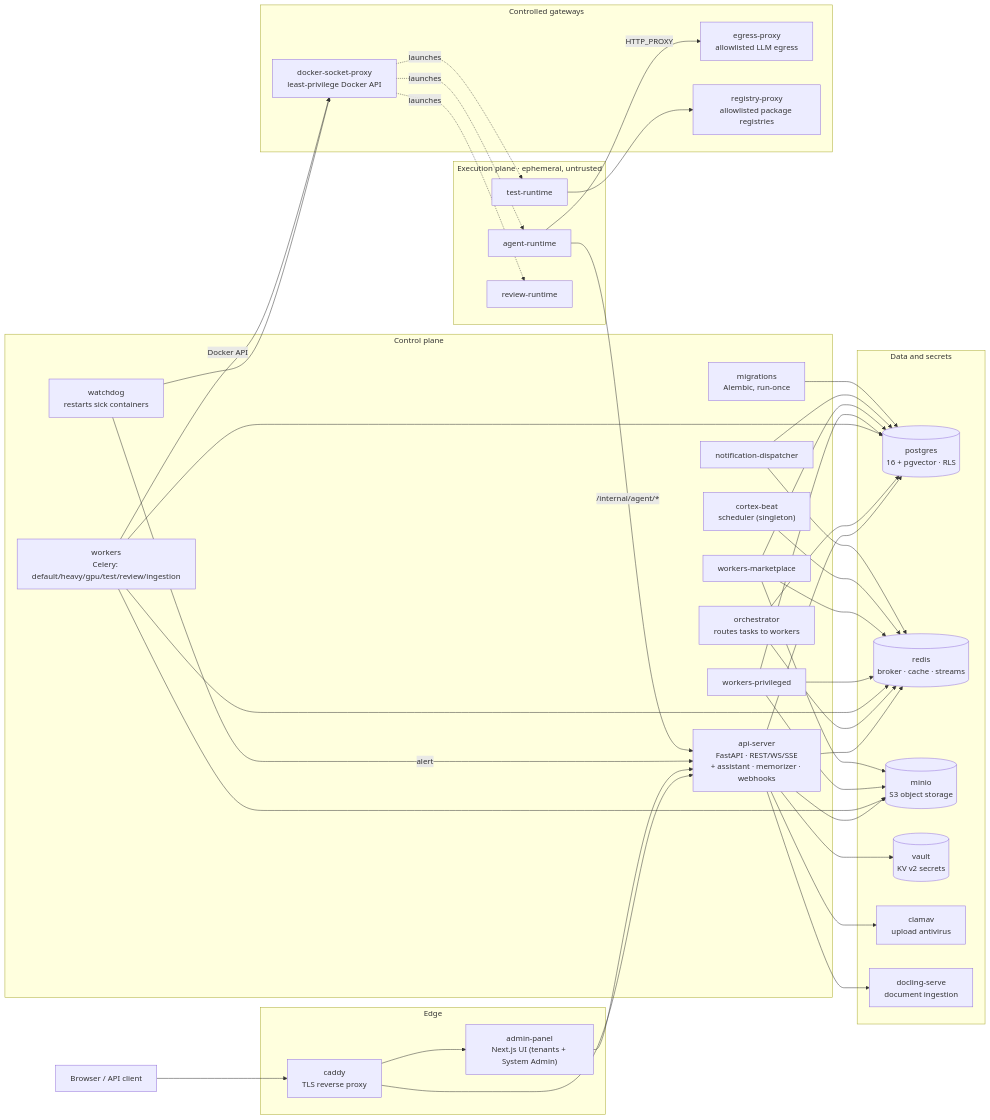
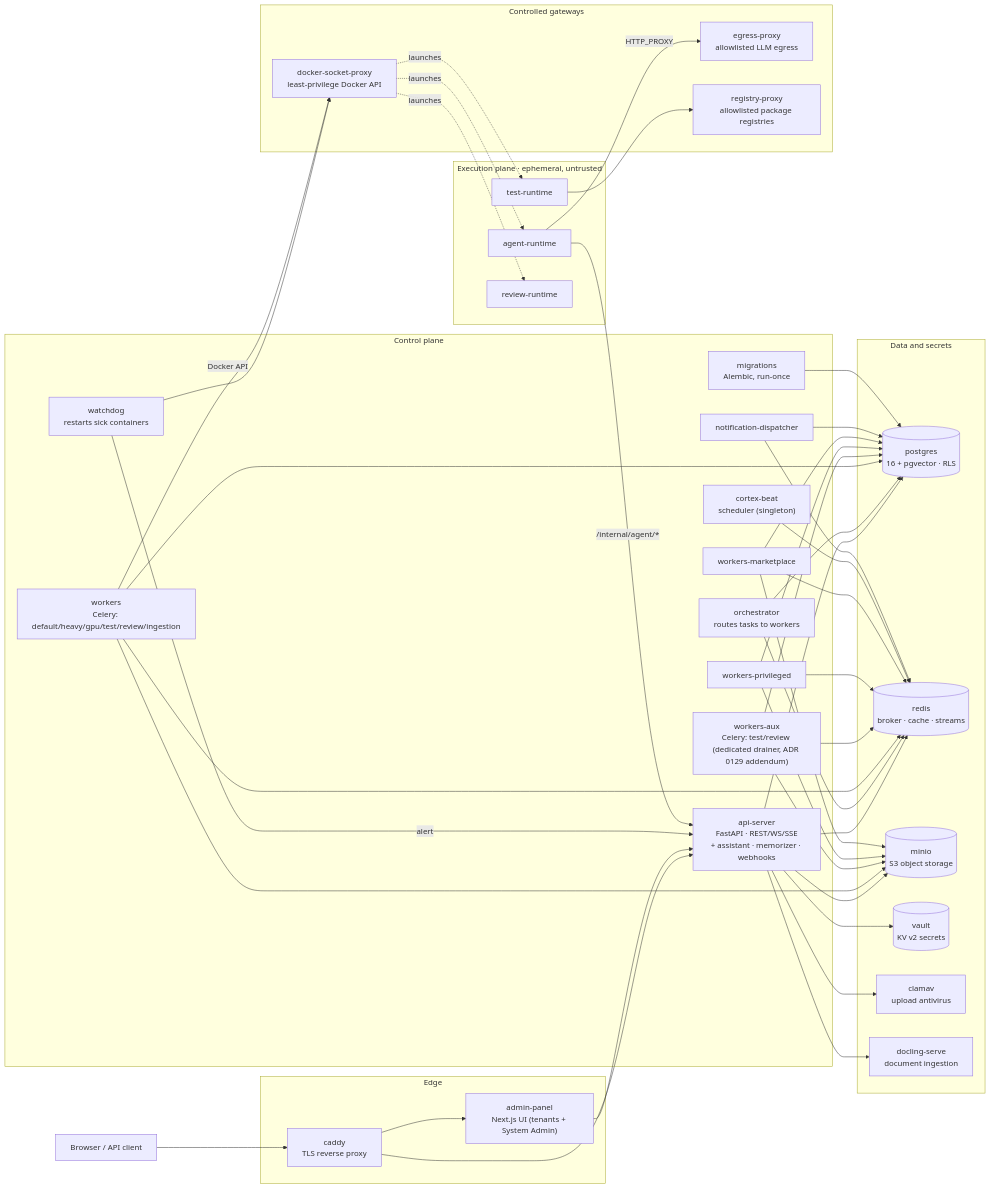
The first of 6 diagrams in docs/01-overview/03-diagrams.md (daycry/agent-ai-multitenant), drawn with Mermaid before and after one commit. The commit also changed 98 other files, not shown here.

````diff
--- a/docs/01-overview/03-diagrams.md
+++ b/docs/01-overview/03-diagrams.md
@@ -42,60 +42,61 @@
 ```mermaid
 flowchart LR
     client["Browser / API client"]
 
     subgraph edge["Edge"]
         caddy["caddy<br/>TLS reverse proxy"]
         admin_panel["admin-panel<br/>Next.js UI (tenants + System Admin)"]
     end
 
     subgraph control["Control plane"]
         api_server["api-server<br/>FastAPI · REST/WS/SSE<br/>+ assistant · memorizer · webhooks"]
         orchestrator["orchestrator<br/>routes tasks to workers"]
         workers["workers<br/>Celery: default/heavy/gpu/test/review/ingestion"]
+        workers_aux["workers-aux<br/>Celery: test/review (dedicated drainer, ADR 0129 addendum)"]
         workers_privileged["workers-privileged"]
         workers_marketplace["workers-marketplace"]
         cortex_beat["cortex-beat<br/>scheduler (singleton)"]
         notification_dispatcher["notification-dispatcher"]
         watchdog["watchdog<br/>restarts sick containers"]
         migrations["migrations<br/>Alembic, run-once"]
     end
 
     subgraph data["Data and secrets"]
         postgres[("postgres<br/>16 + pgvector · RLS")]
         redis[("redis<br/>broker · cache · streams")]
         minio[("minio<br/>S3 object storage")]
         vault[("vault<br/>KV v2 secrets")]
         clamav["clamav<br/>upload antivirus"]
         docling_serve["docling-serve<br/>document ingestion"]
     end
 
     subgraph gateways["Controlled gateways"]
         egress_proxy["egress-proxy<br/>allowlisted LLM egress"]
         registry_proxy["registry-proxy<br/>allowlisted package registries"]
         docker_socket_proxy["docker-socket-proxy<br/>least-privilege Docker API"]
     end
 
     subgraph execution["Execution plane · ephemeral, untrusted"]
         agent_runtime["agent-runtime"]
         test_runtime["test-runtime"]
         review_runtime["review-runtime"]
     end
 
     client --> caddy
     caddy --> admin_panel
     caddy --> api_server
     admin_panel --> api_server
     api_server --> postgres & redis & minio & vault & clamav & docling_serve
     orchestrator --> postgres & redis
-    workers & workers_privileged & workers_marketplace --> postgres & redis & minio
+    workers & workers_aux & workers_privileged & workers_marketplace --> postgres & redis & minio
     cortex_beat --> redis
     notification_dispatcher --> postgres & redis
     migrations --> postgres
     watchdog -- alert --> api_server
     watchdog --> docker_socket_proxy
     workers -- Docker API --> docker_socket_proxy
     docker_socket_proxy -. launches .-> agent_runtime & test_runtime & review_runtime
     agent_runtime -- HTTP_PROXY --> egress_proxy
     test_runtime --> registry_proxy
     agent_runtime -- "/internal/agent/*" --> api_server
 ```
````
